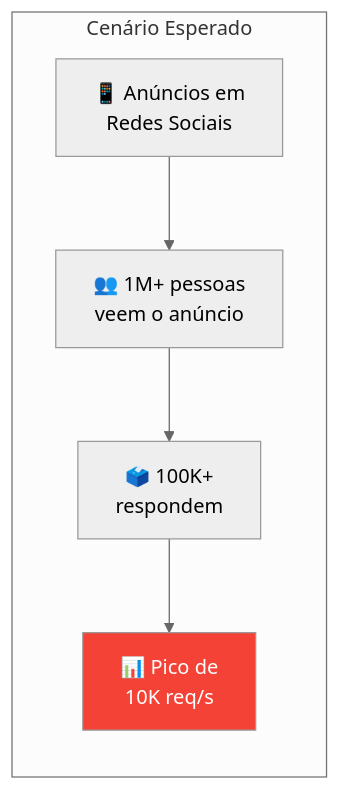
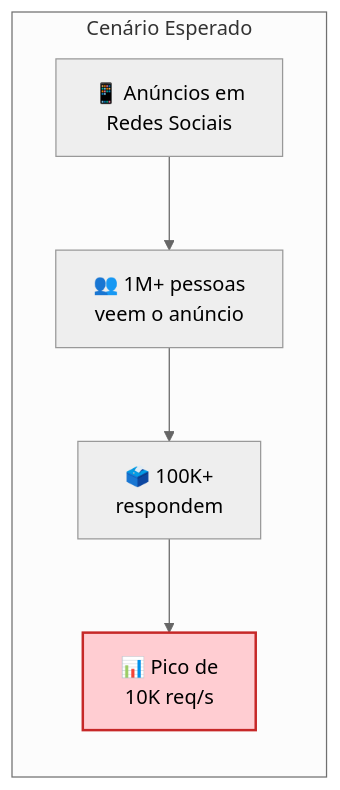
Before and after one commit to gabrigabs/public-polls-app: the first of 10 diagrams in docs/05-escalabilidade.md, drawn with Mermaid (neutral theme). The commit also changed other lines of this file and 6 other files, not shown here.

Commit message:
docs: standardize and improve mermaid diagrams readability

````diff
--- a/docs/05-escalabilidade.md
+++ b/docs/05-escalabilidade.md
@@ -7,10 +7,11 @@
 ```mermaid
 graph LR
     subgraph "Cenário Esperado"
         A["📱 Anúncios em<br/>Redes Sociais"] --> B["👥 1M+ pessoas<br/>veem o anúncio"]
         B --> C["🗳️ 100K+<br/>respondem"]
         C --> D["📊 Pico de<br/>10K req/s"]
     end
 
-    style D fill:#f44336,color:#fff
+    classDef critical fill:#ffcdd2,stroke:#c62828,color:#000,stroke-width:2px;
+    class D critical;
 ```
````
